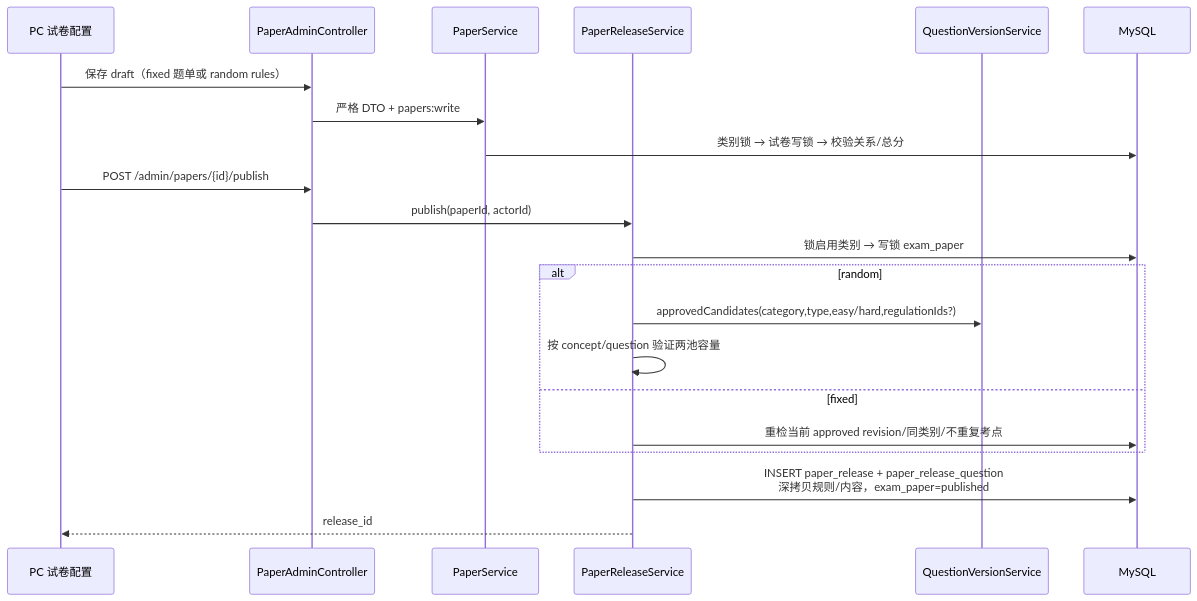
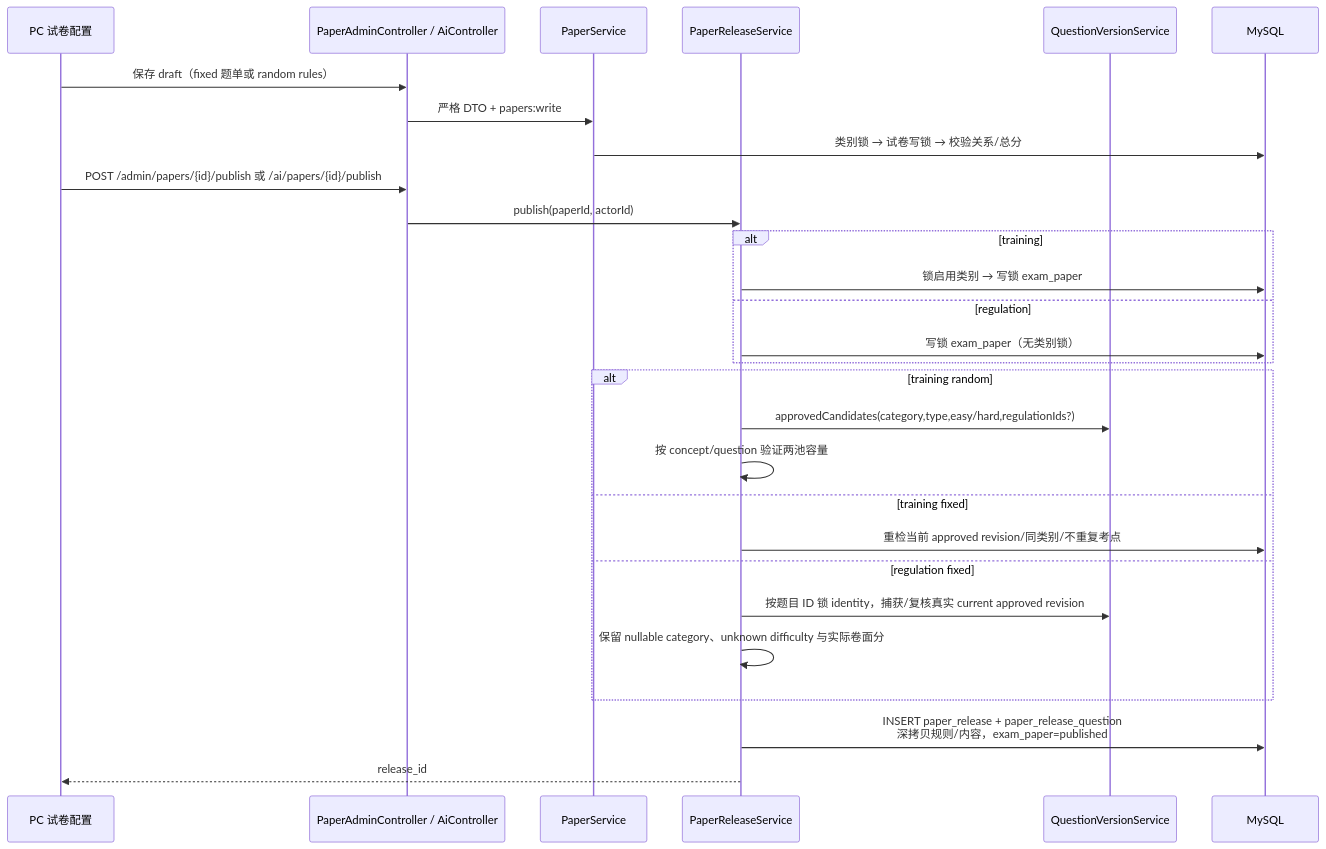
One commit to caoguanjie/emodor-exam changed diagram 15 of 19 in docs/design/06-关键流程.md. Above: the diagram before and after it, drawn with Mermaid. The commit also changed other lines of this file and 20 other files, not shown here.

````diff
--- a/docs/design/06-关键流程.md
+++ b/docs/design/06-关键流程.md
@@ -761,24 +761,31 @@
 ```mermaid
 sequenceDiagram
     participant PC as PC 试卷配置
-    participant API as PaperAdminController
+    participant API as PaperAdminController / AiController
     participant P as PaperService
     participant R as PaperReleaseService
     participant Q as QuestionVersionService
     participant DB as MySQL
 
     PC->>API: 保存 draft（fixed 题单或 random rules）
     API->>P: 严格 DTO + papers:write
     P->>DB: 类别锁 → 试卷写锁 → 校验关系/总分
-    PC->>API: POST /admin/papers/{id}/publish
+    PC->>API: POST /admin/papers/{id}/publish 或 /ai/papers/{id}/publish
     API->>R: publish(paperId, actorId)
-    R->>DB: 锁启用类别 → 写锁 exam_paper
-    alt random
+    alt training
+        R->>DB: 锁启用类别 → 写锁 exam_paper
+    else regulation
+        R->>DB: 写锁 exam_paper（无类别锁）
+    end
+    alt training random
         R->>Q: approvedCandidates(category,type,easy/hard,regulationIds?)
         R->>R: 按 concept/question 验证两池容量
-    else fixed
+    else training fixed
         R->>DB: 重检当前 approved revision/同类别/不重复考点
+    else regulation fixed
+        R->>Q: 按题目 ID 锁 identity，捕获/复核真实 current approved revision
+        R->>R: 保留 nullable category、unknown difficulty 与实际卷面分
     end
     R->>DB: INSERT paper_release + paper_release_question<br/>深拷贝规则/内容，exam_paper=published
     R-->>PC: release_id
 ```
````
